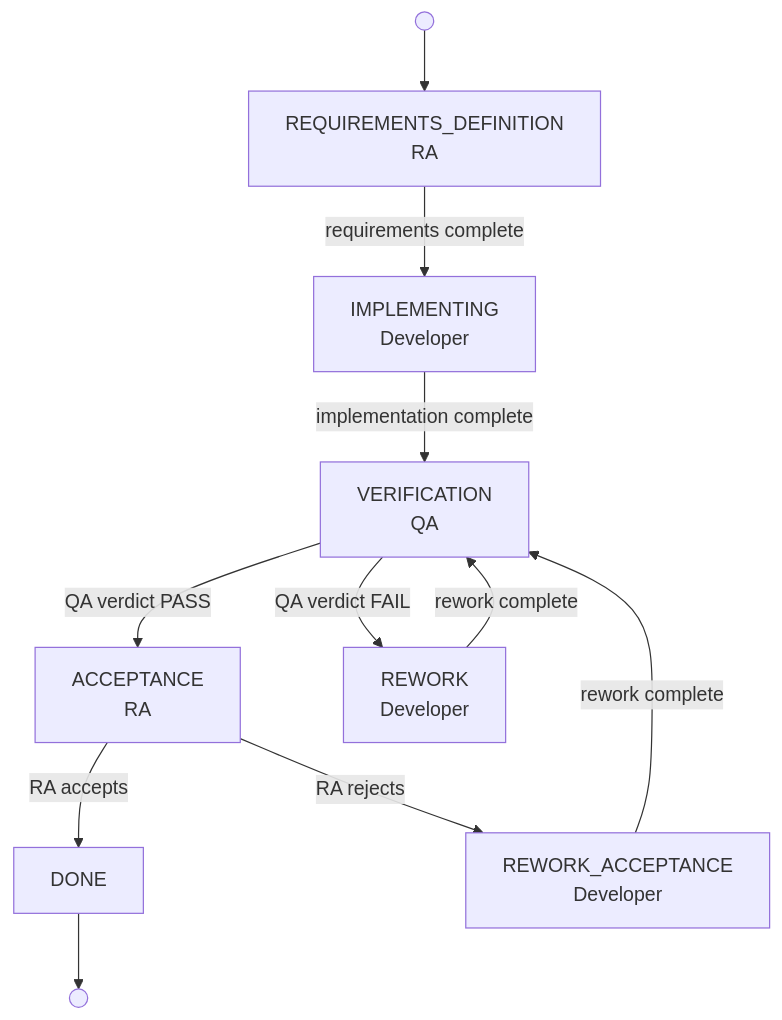
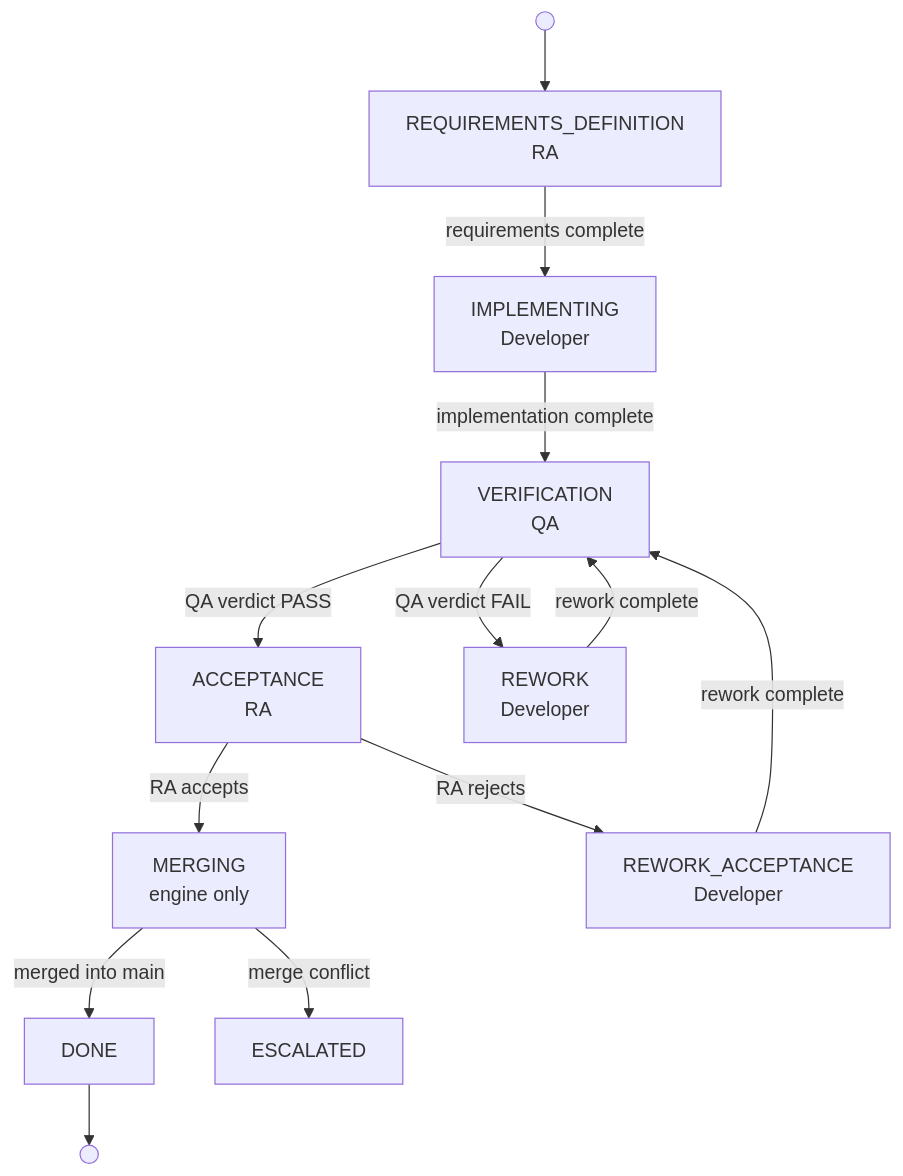
One commit to paulwhitten/autonomous_coding_agent changed the diagram in smoke_tests/regulatory-workflow/README.md. Above: the diagram before and after it, drawn with Mermaid. The commit also changed other lines of this file and 85 other files, not shown here.

````diff
--- a/smoke_tests/regulatory-workflow/README.md
+++ b/smoke_tests/regulatory-workflow/README.md
@@ -16,13 +16,15 @@
 ```mermaid
 flowchart TD
     START(( )) --> REQ["REQUIREMENTS_DEFINITION<br/>RA"]
     REQ -->|requirements complete| IMPL["IMPLEMENTING<br/>Developer"]
     IMPL -->|implementation complete| VER["VERIFICATION<br/>QA"]
     VER -->|QA verdict PASS| ACC["ACCEPTANCE<br/>RA"]
     VER -->|QA verdict FAIL| REWORK["REWORK<br/>Developer"]
     REWORK -->|rework complete| VER
-    ACC -->|RA accepts| DONE[DONE]
+    ACC -->|RA accepts| MERGE["MERGING<br/>engine only"]
+    MERGE -->|merged into main| DONE[DONE]
+    MERGE -->|merge conflict| ESC[ESCALATED]
     ACC -->|RA rejects| REWORK2["REWORK_ACCEPTANCE<br/>Developer"]
     REWORK2 -->|rework complete| VER
     DONE --> END(( ))
 ```
````
